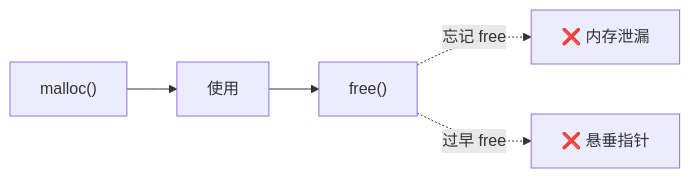
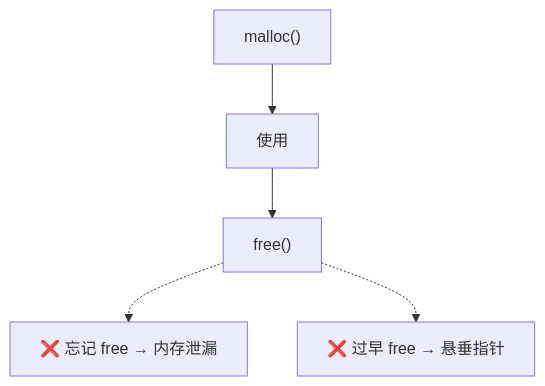
The sixth of 7 diagrams in content/rust/stack-heap.md (hantaikeju/hantaikeju.github.io), drawn with Mermaid before and after one commit. The commit also changed other lines of this file and 6 other files, not shown here.

Commit message:
【新增】--图形显示

````diff
--- a/content/rust/stack-heap.md
+++ b/content/rust/stack-heap.md
@@ -203,6 +203,6 @@
 ```mermaid
-flowchart LR
+flowchart TB
     C1["malloc()"] --> C2["使用"] --> C3["free()"]
-    C3 -.->|忘记 free| C4["❌ 内存泄漏"]
-    C3 -.->|过早 free| C5["❌ 悬垂指针"]
+    C3 -.-> C4["❌ 忘记 free → 内存泄漏"]
+    C3 -.-> C5["❌ 过早 free → 悬垂指针"]
 ```
````
